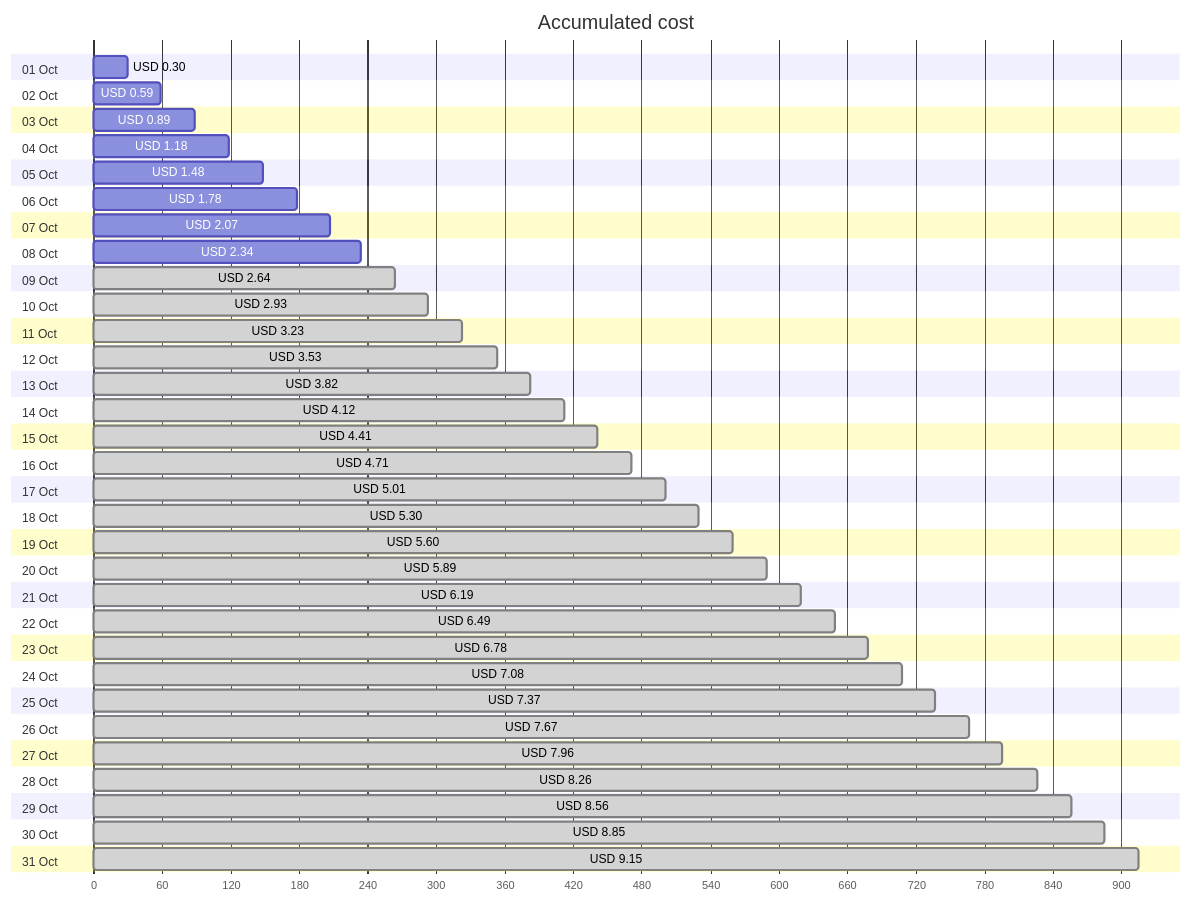
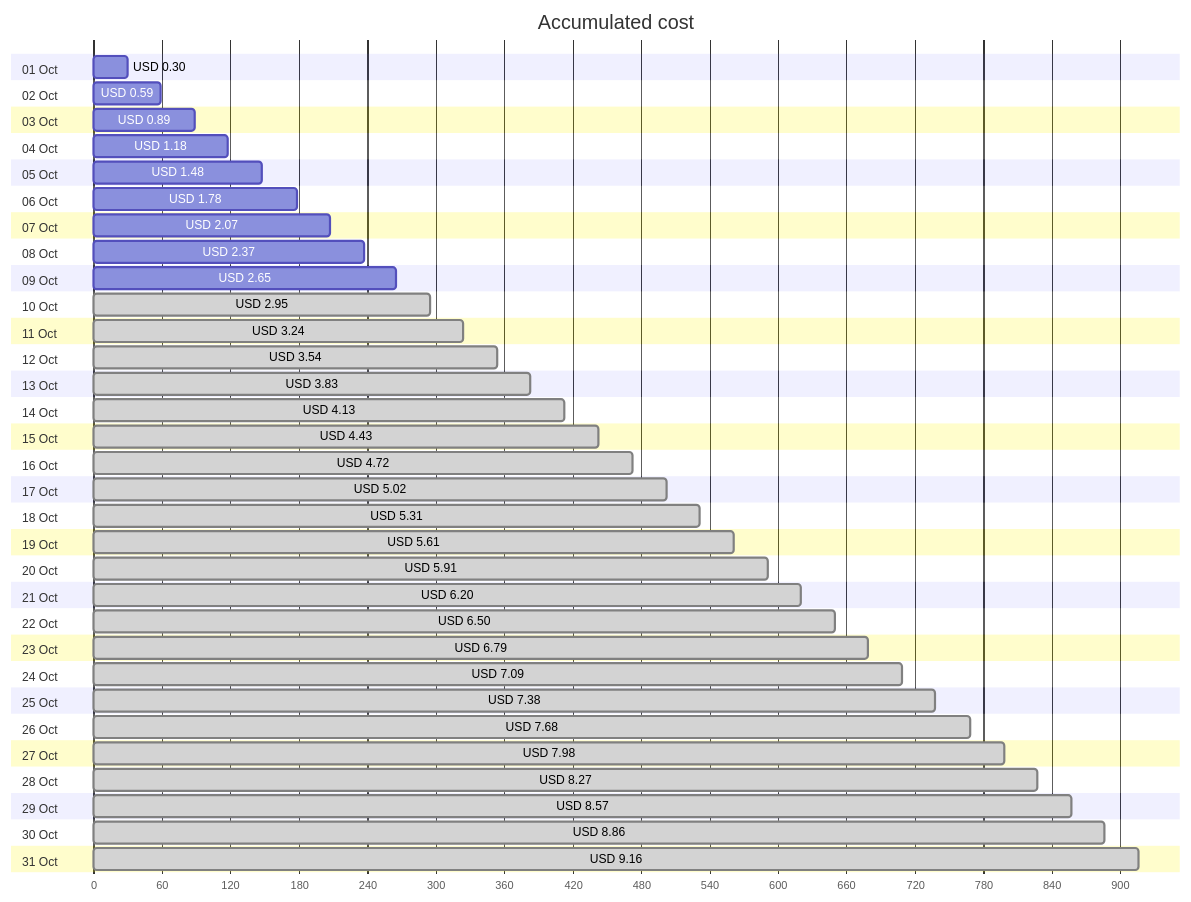
Before and after one commit to jpfulton/azure-personal-reports: the first of 4 diagrams in cost-reports/personal-site/personal-site.md, drawn with Mermaid. The commit also changed other lines of this file and 7 other files, not shown here.

````diff
--- a/cost-reports/personal-site/personal-site.md
+++ b/cost-reports/personal-site/personal-site.md
@@ -20,68 +20,68 @@
 ```mermaid
 gantt
    title Accumulated cost
    dateFormat  X
    axisFormat %s
    section 01 Oct
    USD 0.30 :0, 30
    section 02 Oct
    USD 0.59 :0, 59
    section 03 Oct
    USD 0.89 :0, 89
    section 04 Oct
    USD 1.18 :0, 118
    section 05 Oct
    USD 1.48 :0, 148
    section 06 Oct
    USD 1.78 :0, 178
    section 07 Oct
    USD 2.07 :0, 207
    section 08 Oct
-   USD 2.34 :0, 234
+   USD 2.37 :0, 237
    section 09 Oct
-   USD 2.64 : done, 0, 264
+   USD 2.65 :0, 265
    section 10 Oct
-   USD 2.93 : done, 0, 293
+   USD 2.95 : done, 0, 295
    section 11 Oct
-   USD 3.23 : done, 0, 323
+   USD 3.24 : done, 0, 324
    section 12 Oct
-   USD 3.53 : done, 0, 353
+   USD 3.54 : done, 0, 354
    section 13 Oct
-   USD 3.82 : done, 0, 382
+   USD 3.83 : done, 0, 383
    section 14 Oct
-   USD 4.12 : done, 0, 412
+   USD 4.13 : done, 0, 413
    section 15 Oct
-   USD 4.41 : done, 0, 441
+   USD 4.43 : done, 0, 443
    section 16 Oct
-   USD 4.71 : done, 0, 471
+   USD 4.72 : done, 0, 472
    section 17 Oct
-   USD 5.01 : done, 0, 501
+   USD 5.02 : done, 0, 502
    section 18 Oct
-   USD 5.30 : done, 0, 530
+   USD 5.31 : done, 0, 531
    section 19 Oct
-   USD 5.60 : done, 0, 560
+   USD 5.61 : done, 0, 561
    section 20 Oct
-   USD 5.89 : done, 0, 589
+   USD 5.91 : done, 0, 591
    section 21 Oct
-   USD 6.19 : done, 0, 619
+   USD 6.20 : done, 0, 620
    section 22 Oct
-   USD 6.49 : done, 0, 649
+   USD 6.50 : done, 0, 650
    section 23 Oct
-   USD 6.78 : done, 0, 678
+   USD 6.79 : done, 0, 679
    section 24 Oct
-   USD 7.08 : done, 0, 708
+   USD 7.09 : done, 0, 709
    section 25 Oct
-   USD 7.37 : done, 0, 737
+   USD 7.38 : done, 0, 738
    section 26 Oct
-   USD 7.67 : done, 0, 767
+   USD 7.68 : done, 0, 768
    section 27 Oct
-   USD 7.96 : done, 0, 796
+   USD 7.98 : done, 0, 798
    section 28 Oct
-   USD 8.26 : done, 0, 826
+   USD 8.27 : done, 0, 827
    section 29 Oct
-   USD 8.56 : done, 0, 856
+   USD 8.57 : done, 0, 857
    section 30 Oct
-   USD 8.85 : done, 0, 885
+   USD 8.86 : done, 0, 886
    section 31 Oct
-   USD 9.15 : done, 0, 915
+   USD 9.16 : done, 0, 916
 ```
````
